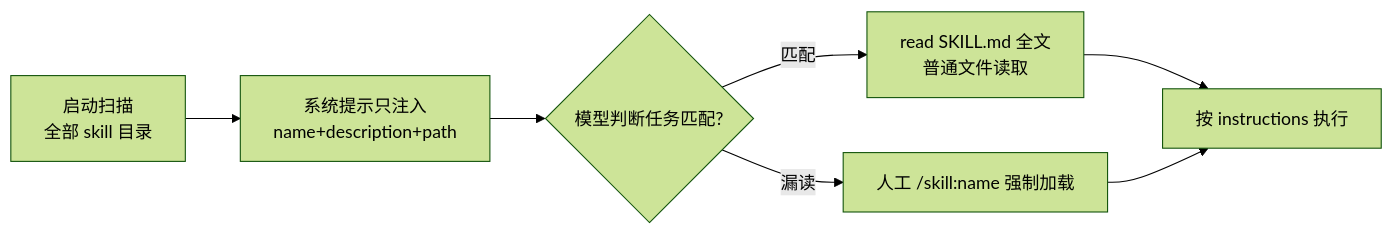
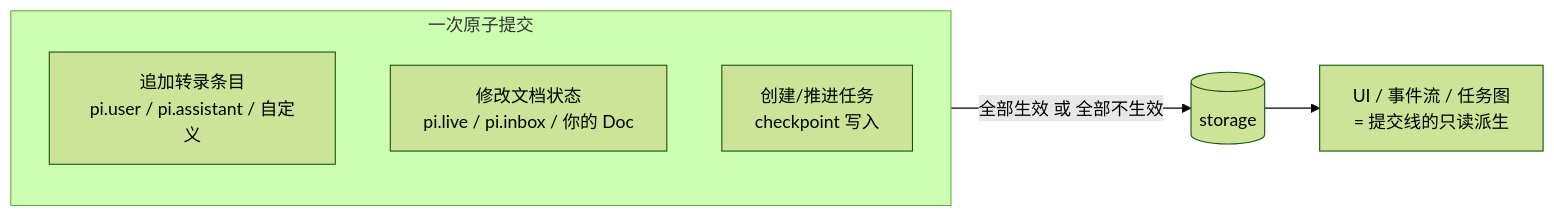
Before and after one commit to arkhorizon/blob: the fourth of 7 diagrams in src/content/articles/personal-blog/pi-agent-nb.md, drawn with Mermaid (forest theme). The commit also changed other lines of this file, not shown here.

````diff
--- a/src/content/articles/personal-blog/pi-agent-nb.md
+++ b/src/content/articles/personal-blog/pi-agent-nb.md
@@ -368,9 +285,11 @@
 ```mermaid
 flowchart LR
-    S[启动扫描<br/>全部 skill 目录] --> P[系统提示只注入<br/>name+description+path]
-    P --> M{模型判断任务匹配?}
-    M -->|匹配| R[read SKILL.md 全文<br/>普通文件读取]
-    M -->|漏读| F[人工 /skill:name 强制加载]
-    R --> X[按 instructions 执行]
-    F --> X
+    subgraph TX["一次原子提交"]
+        direction TB
+        E[追加转录条目<br/>pi.user / pi.assistant / 自定义]
+        D[修改文档状态<br/>pi.live / pi.inbox / 你的 Doc]
+        T[创建/推进任务<br/>checkpoint 写入]
+    end
+    TX -->|全部生效 或 全部不生效| S[(storage)]
+    S --> P[UI / 事件流 / 任务图<br/>= 提交线的只读派生]
 ```
````
